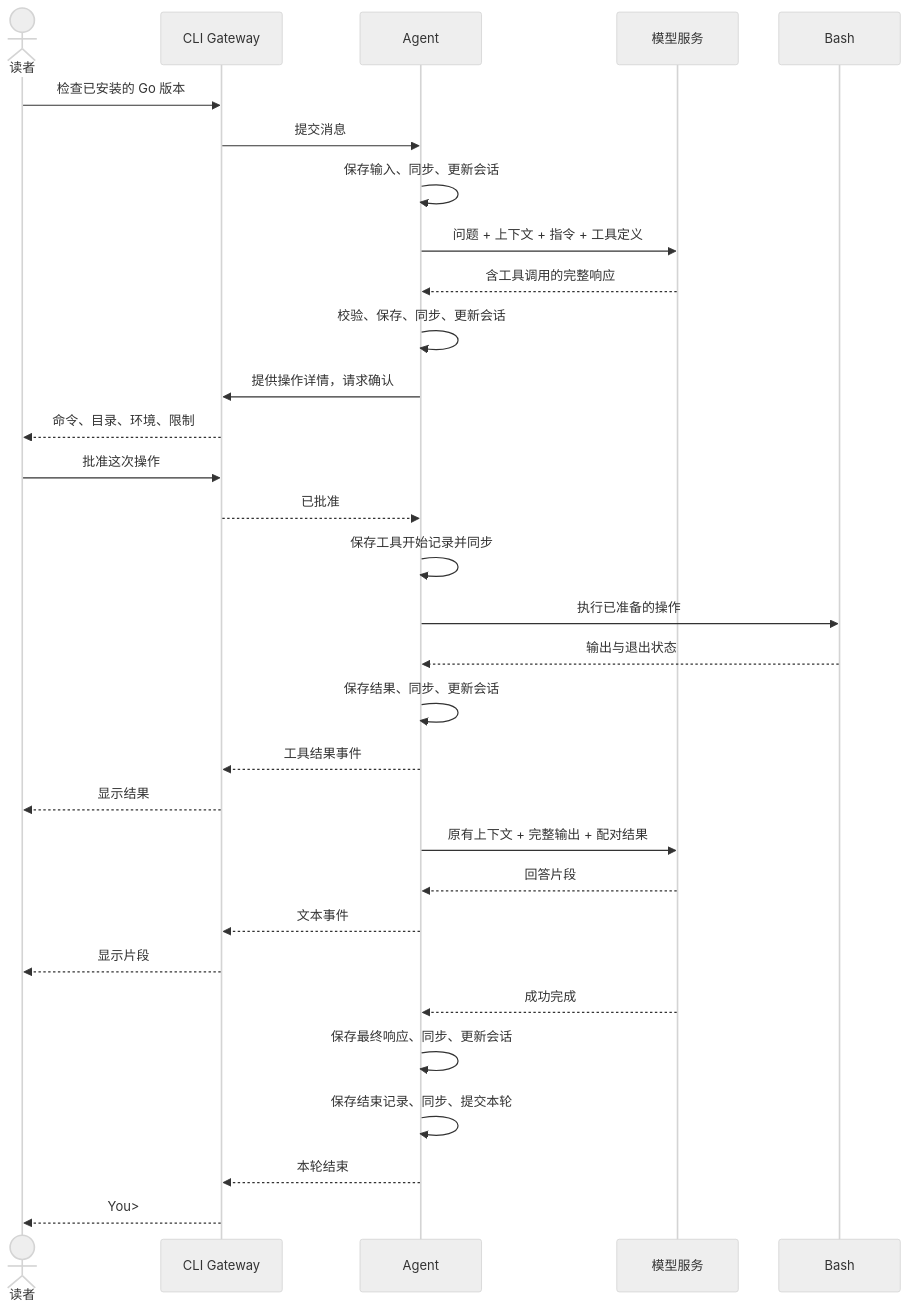
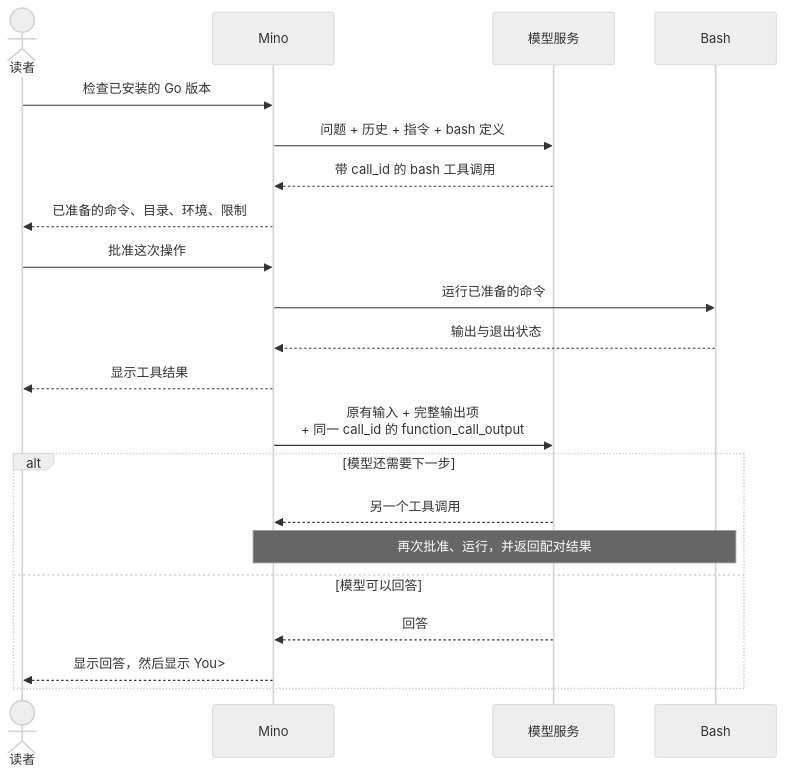
The first of 2 diagrams in docs/books/zh/chapters/03-tools-and-bash.md (qshine/mino), drawn with Mermaid (neutral theme) before and after one commit. The commit also changed other lines of this file and 3 other files, not shown here.

````diff
--- a/docs/books/zh/chapters/03-tools-and-bash.md
+++ b/docs/books/zh/chapters/03-tools-and-bash.md
@@ -49,35 +47,25 @@
 ```mermaid
 sequenceDiagram
-    accTitle: 同一轮问答中的 Gateway 交互与 Agent 执行
-    accDescr: CLI Gateway 把问题交给 Agent 并显示事件。Agent 在保存输入和完整响应后同步，再提交会话状态；通过 Gateway 取得批准，保存开始记录后运行 Bash，并在下一次模型请求前保存工具结果。
+    accTitle: 一次带 Bash 工具调用的 Agent 循环
+    accDescr: 读者提出问题。Mino 把问题连同历史、指令和 bash 定义发给模型服务。模型返回带 call_id 的工具调用。Mino 展示已准备的命令，取得批准后在 Bash 中运行，显示结果，再把配对的结果发回。模型随后要么请求另一个工具，要么返回最终回答。
     actor User as 读者
-    participant CLI as CLI Gateway
-    participant Agent as Agent
+    participant Mino as Mino
     participant API as 模型服务
     participant Bash as Bash
-    User->>CLI: 检查已安装的 Go 版本
-    CLI->>Agent: 提交消息
-    Agent->>Agent: 保存输入、同步、更新会话
-    Agent->>API: 问题 + 上下文 + 指令 + 工具定义
-    API-->>Agent: 含工具调用的完整响应
-    Agent->>Agent: 校验、保存、同步、更新会话
-    Agent->>CLI: 提供操作详情，请求确认
-    CLI-->>User: 命令、目录、环境、限制
-    User->>CLI: 批准这次操作
-    CLI-->>Agent: 已批准
-    Agent->>Agent: 保存工具开始记录并同步
-    Agent->>Bash: 执行已准备的操作
-    Bash-->>Agent: 输出与退出状态
-    Agent->>Agent: 保存结果、同步、更新会话
-    Agent-->>CLI: 工具结果事件
-    CLI-->>User: 显示结果
-    Agent->>API: 原有上下文 + 完整输出 + 配对结果
-    API-->>Agent: 回答片段
-    Agent-->>CLI: 文本事件
-    CLI-->>User: 显示片段
-    API-->>Agent: 成功完成
-    Agent->>Agent: 保存最终响应、同步、更新会话
-    Agent->>Agent: 保存结束记录、同步、提交本轮
-    Agent-->>CLI: 本轮结束
-    CLI-->>User: You>
+    User->>Mino: 检查已安装的 Go 版本
+    Mino->>API: 问题 + 历史 + 指令 + bash 定义
+    API-->>Mino: 带 call_id 的 bash 工具调用
+    Mino-->>User: 已准备的命令、目录、环境、限制
+    User->>Mino: 批准这次操作
+    Mino->>Bash: 运行已准备的命令
+    Bash-->>Mino: 输出与退出状态
+    Mino-->>User: 显示工具结果
+    Mino->>API: 原有输入 + 完整输出项<br/>+ 同一 call_id 的 function_call_output
+    alt 模型还需要下一步
+        API-->>Mino: 另一个工具调用
+        Note over Mino,Bash: 再次批准、运行，并返回配对结果
+    else 模型可以回答
+        API-->>Mino: 回答
+        Mino-->>User: 显示回答，然后显示 You>
+    end
 ```
````
